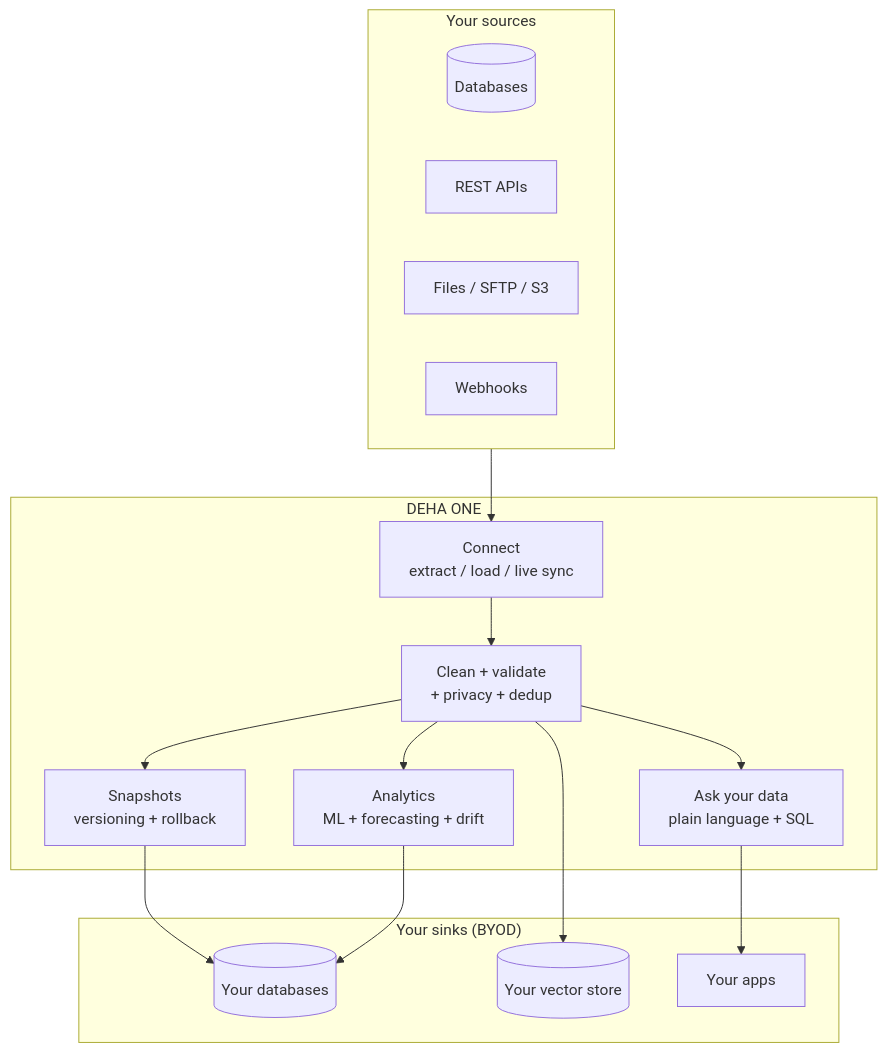
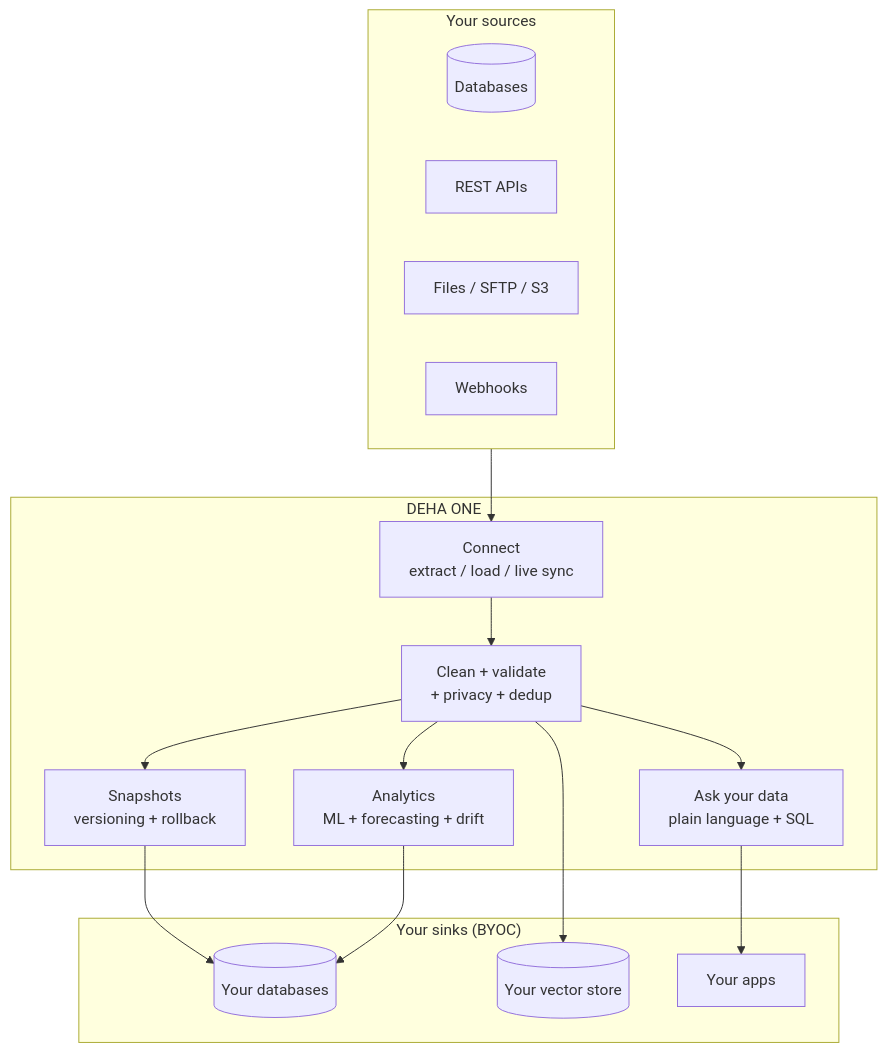
The diagram in data/overview.mdx (marmancakbay/mintlify-docs), drawn with Mermaid before and after one commit. The commit also changed other lines of this file and 113 other files, not shown here.

First line of the commit message:
docs: de-emphasize channels/chatbot framing; reposition BYOD -> BYOC

````diff
--- a/data/overview.mdx
+++ b/data/overview.mdx
@@ -53,31 +53,31 @@
 ```mermaid
 flowchart TB
     subgraph Sources["Your sources"]
         DB[(Databases)]
         API[REST APIs]
         Files[Files / SFTP / S3]
         Stream[Webhooks]
     end
 
     subgraph DEHA["DEHA ONE"]
         Connect[Connect<br/>extract / load / live sync]
         Quality[Clean + validate<br/>+ privacy + dedup]
         Ask[Ask your data<br/>plain language + SQL]
         Analytics[Analytics<br/>ML + forecasting + drift]
         Snapshot[Snapshots<br/>versioning + rollback]
     end
 
-    subgraph Sinks["Your sinks (BYOD)"]
+    subgraph Sinks["Your sinks (BYOC)"]
         Warehouse[(Your databases)]
         Vector[(Your vector store)]
         Apps[Your apps]
     end
 
     Sources --> Connect --> Quality --> Ask
     Quality --> Analytics
     Quality --> Snapshot
     Snapshot --> Warehouse
     Analytics --> Warehouse
     Ask --> Apps
     Quality --> Vector
 ```
````
